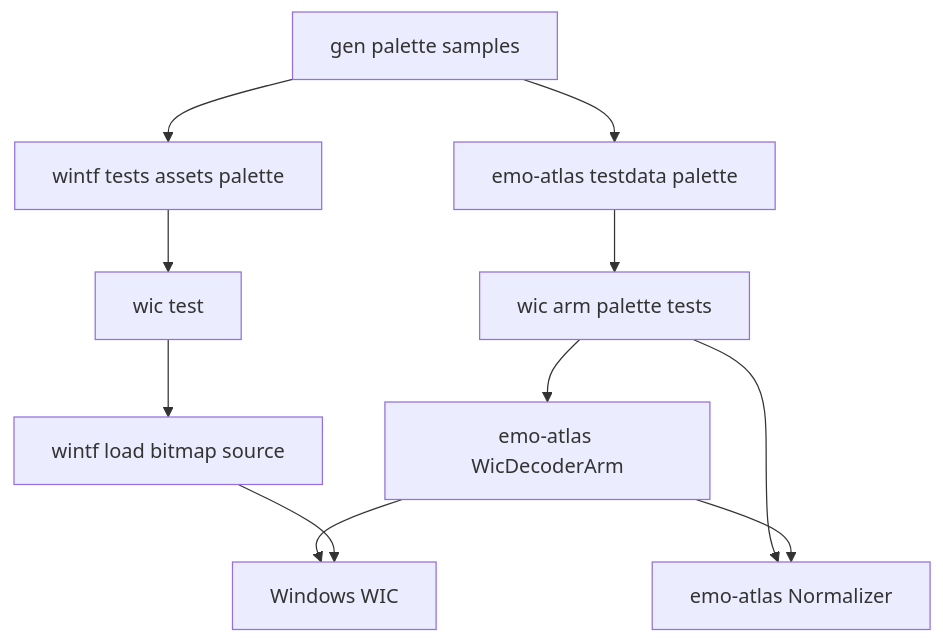
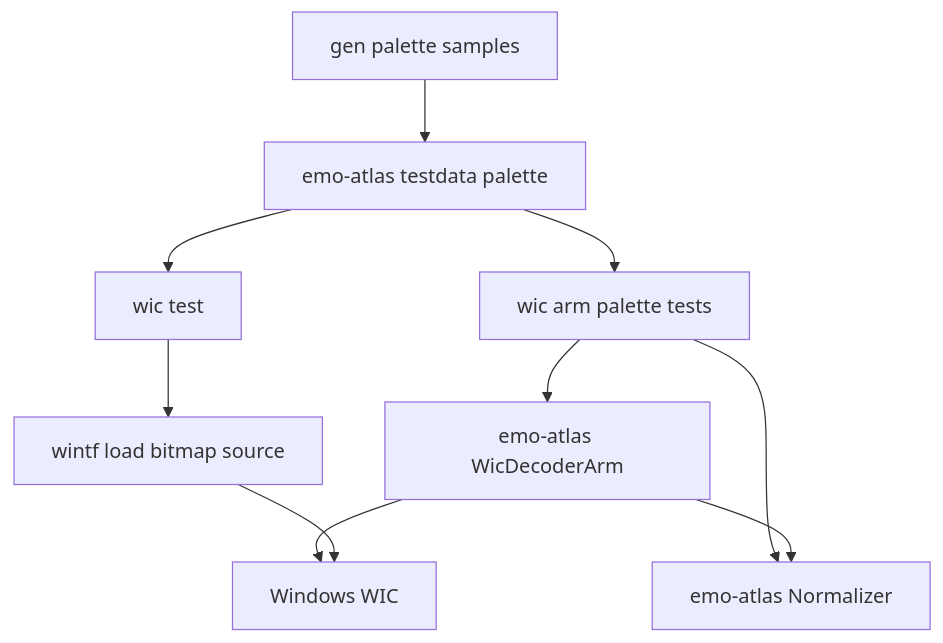
One commit to ekicyou/areka changed the first of 2 diagrams in .kiro/specs/emo-atlas-palette-alpha/design.md. Above: the diagram before and after it, drawn with Mermaid. The commit also changed other lines of this file and 1 other file, not shown here.

Commit message:
docs(emo-atlas-palette-alpha): 全設計議題を推奨案で確定

````diff
--- a/.kiro/specs/emo-atlas-palette-alpha/design.md
+++ b/.kiro/specs/emo-atlas-palette-alpha/design.md
@@ -75,13 +76,12 @@
 ```mermaid
 graph TB
     Generator[gen palette samples] --> AtlasSamples[emo-atlas testdata palette]
-    Generator --> WintfSamples[wintf tests assets palette]
     AtlasSamples --> AtlasTests[wic arm palette tests]
-    WintfSamples --> WintfTests[wic test]
+    AtlasSamples --> WintfTests[wic test]
     AtlasTests --> WicArm[emo-atlas WicDecoderArm]
     AtlasTests --> Normalizer[emo-atlas Normalizer]
     WintfTests --> LoadBitmap[wintf load bitmap source]
     WicArm --> WIC[Windows WIC]
     LoadBitmap --> WIC
     WicArm --> Normalizer
 ```
````
